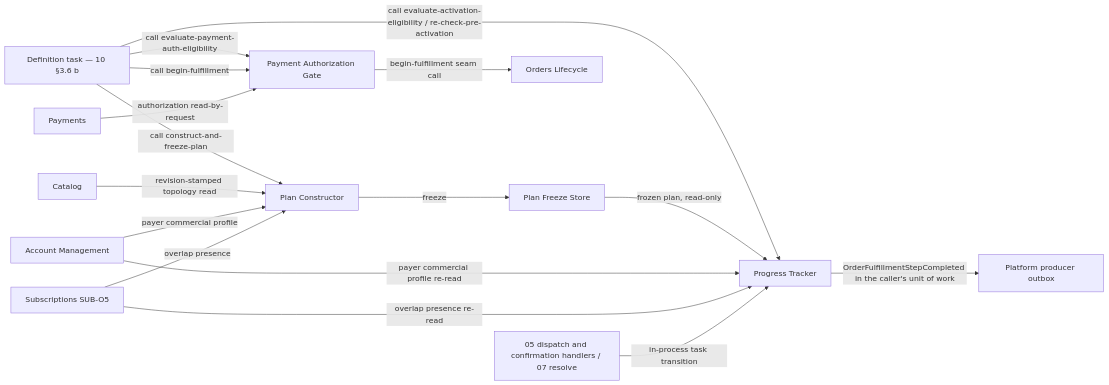
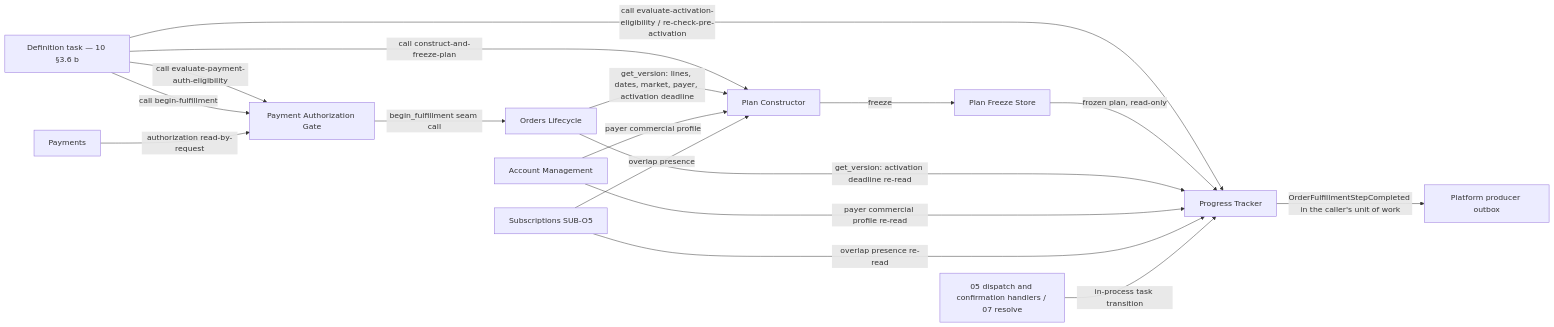
The first of 5 diagrams in gears/bss/orders-workflow/docs/design/04-fulfillment-plan.md (constructorfabric/gears-rust), drawn with Mermaid before and after one commit. The commit also changed other lines of this file and 22 other files, not shown here.

````diff
--- a/gears/bss/orders-workflow/docs/design/04-fulfillment-plan.md
+++ b/gears/bss/orders-workflow/docs/design/04-fulfillment-plan.md
@@ -317,18 +331,19 @@
 ```mermaid
 graph LR
     DEF[Definition task — 10 §3.6 b] -->|call evaluate-payment-auth-eligibility| A[Payment Authorization Gate]
     DEF -->|call construct-and-freeze-plan| B[Plan Constructor]
     DEF -->|call begin-fulfillment| A
     DEF -->|call evaluate-activation-eligibility / re-check-pre-activation| D[Progress Tracker]
     B -->|freeze| C[Plan Freeze Store]
     C -->|frozen plan, read-only| D
-    E[Catalog] -->|revision-stamped topology read| B
+    F[Orders Lifecycle] -->|get_version: lines, dates, market, payer, activation deadline| B
+    F -->|get_version: activation deadline re-read| D
     H[Payments] -->|authorization read-by-request| A
     I[Account Management] -->|payer commercial profile| B
     I -->|payer commercial profile re-read| D
     S[Subscriptions SUB-O5] -->|overlap presence| B
     S -->|overlap presence re-read| D
-    A -->|begin-fulfillment seam call| F[Orders Lifecycle]
+    A -->|begin_fulfillment seam call| F
     X[05 dispatch and confirmation handlers / 07 resolve] -->|in-process task transition| D
     D -->|OrderFulfillmentStepCompleted in the caller's unit of work| G[Platform producer outbox]
 ```
````
